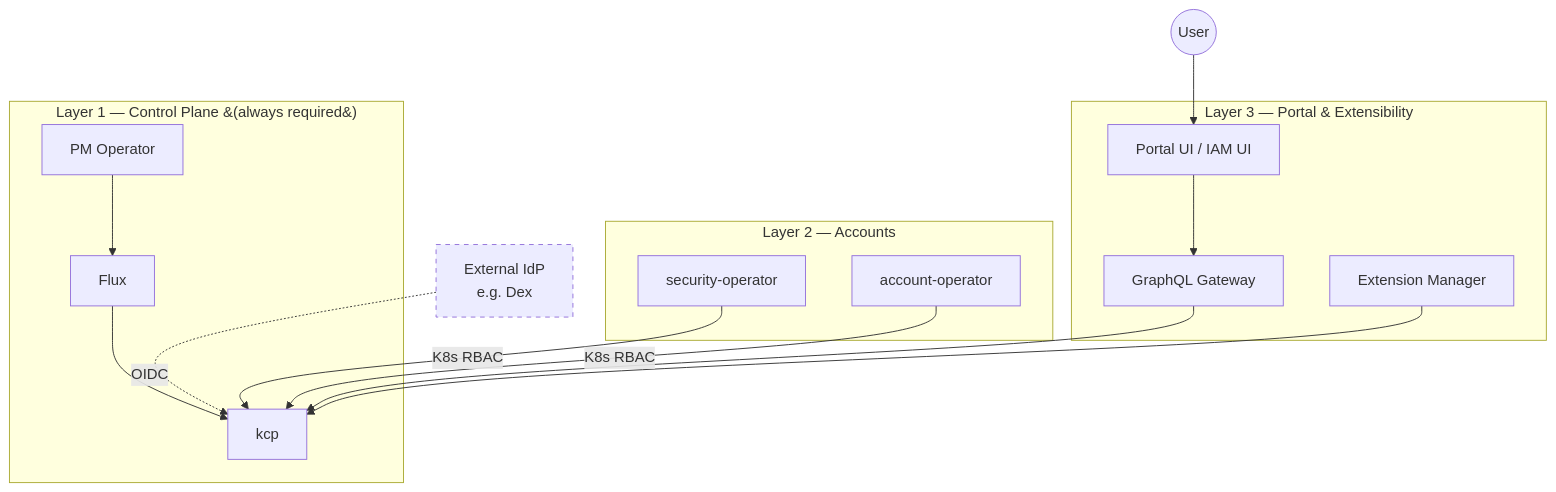
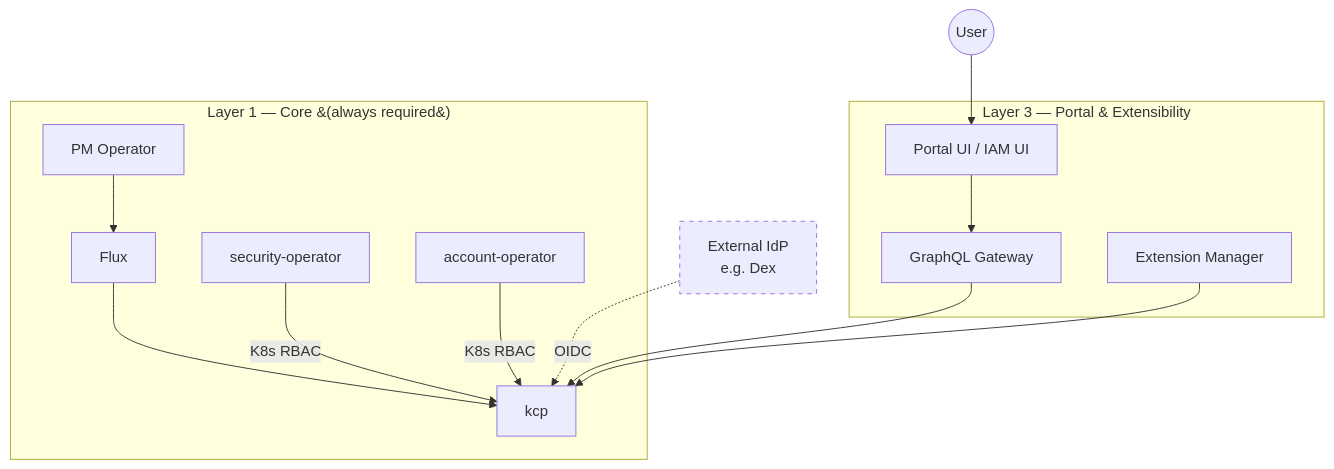
The second of 3 diagrams in rfc/008-platform-mesh-modularization.md (platform-mesh/architecture), drawn with Mermaid before and after one commit. The commit also changed other lines of this file, not shown here.

````diff
--- a/rfc/008-platform-mesh-modularization.md
+++ b/rfc/008-platform-mesh-modularization.md
@@ -132,36 +132,33 @@
 ```mermaid
 graph TD
     User((User))
 
     subgraph "Layer 3 — Portal & Extensibility"
         Portal[Portal UI / IAM UI]
         GW[GraphQL Gateway]
         ExtMgr[Extension Manager]
     end
 
-    subgraph "Layer 2 — Accounts"
-        SecOp[security-operator]
-        AccOp[account-operator]
-    end
-
-    subgraph "Layer 1 — Control Plane &#40;always required&#41;"
+    subgraph "Layer 1 — Core &#40;always required&#41;"
         KCP[kcp]
         PMOp[PM Operator]
         Flux[Flux]
+        SecOp[security-operator]
+        AccOp[account-operator]
     end
 
     ExtIdP[External IdP
 e.g. Dex]
 
     User --> Portal
     Portal --> GW
     GW --> KCP
     ExtIdP -.->|OIDC| KCP
     SecOp -->|K8s RBAC| KCP
     AccOp -->|K8s RBAC| KCP
     ExtMgr --> KCP
     PMOp --> Flux
     Flux --> KCP
 
     style ExtIdP stroke-dasharray: 5 5
 ```
````
